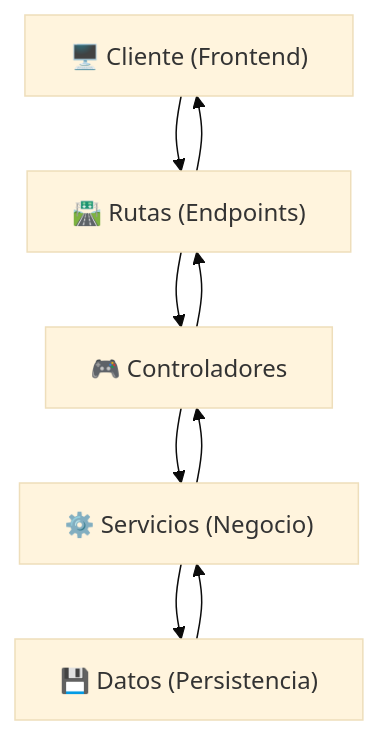
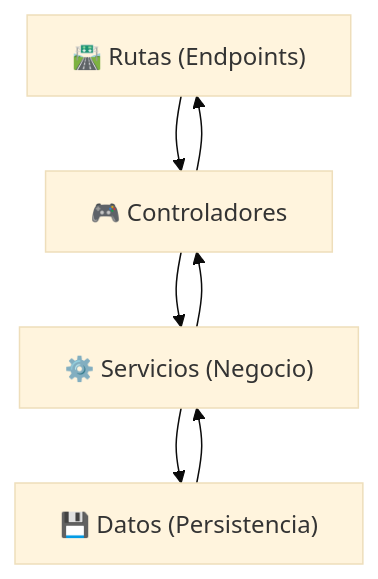
The diagram in docs/arquitectura.md (Stalegame/PROYECTO-DE-PROGRAMACION), drawn with Mermaid (base theme) before and after one commit.

````diff
--- a/docs/arquitectura.md
+++ b/docs/arquitectura.md
@@ -7,13 +7,11 @@
 ```mermaid
 flowchart TD
-    Cliente["🖥️ Cliente (Frontend)"] --> Rutas["🛣️ Rutas (Endpoints)"]
+    Rutas["🛣️ Rutas (Endpoints)"]
     Rutas --> Controladores["🎮 Controladores"]
     Controladores --> Servicios["⚙️ Servicios (Negocio)"]
     Servicios --> Datos["💾 Datos (Persistencia)"]
 
     Datos --> Servicios
     Servicios --> Controladores
     Controladores --> Rutas
-    Rutas --> Cliente
-
 ```
````
